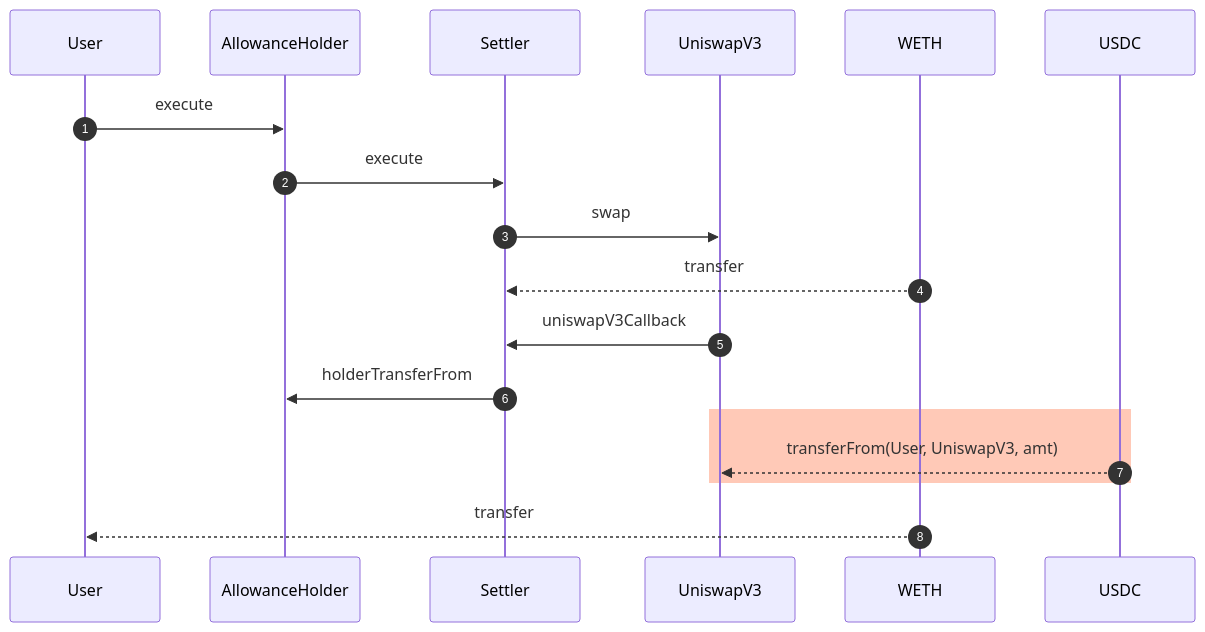
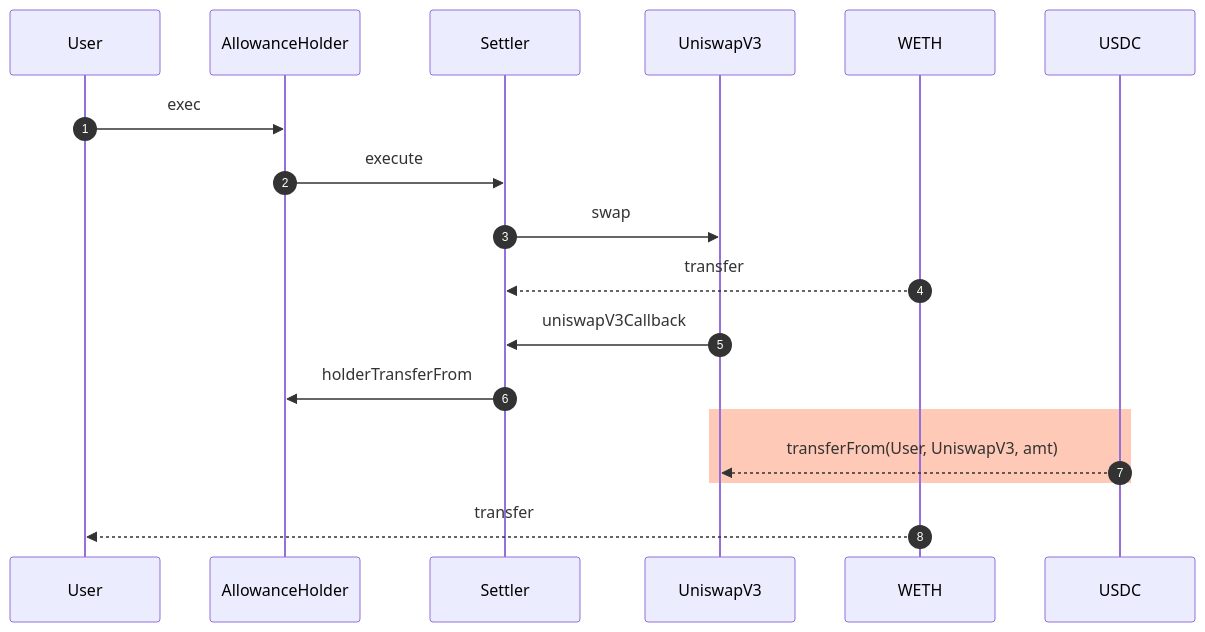
Diagram 12 of 12 in README.md (0xProject/0x-settler), drawn with Mermaid before and after one commit. The commit also changed other lines of this file, not shown here.

````diff
--- a/README.md
+++ b/README.md
@@ -840,14 +943,14 @@
 ```mermaid
 sequenceDiagram
     autonumber
-    User->>AllowanceHolder: execute
+    User->>AllowanceHolder: exec
     AllowanceHolder->>Settler: execute
     Settler->>UniswapV3: swap
     WETH-->>Settler: transfer
     UniswapV3->>Settler: uniswapV3Callback
     Settler->>AllowanceHolder: holderTransferFrom
     rect rgba(255, 148, 112, 0.5)
         USDC-->>UniswapV3: transferFrom(User, UniswapV3, amt)
     end
     WETH-->>User: transfer
 ```
````
